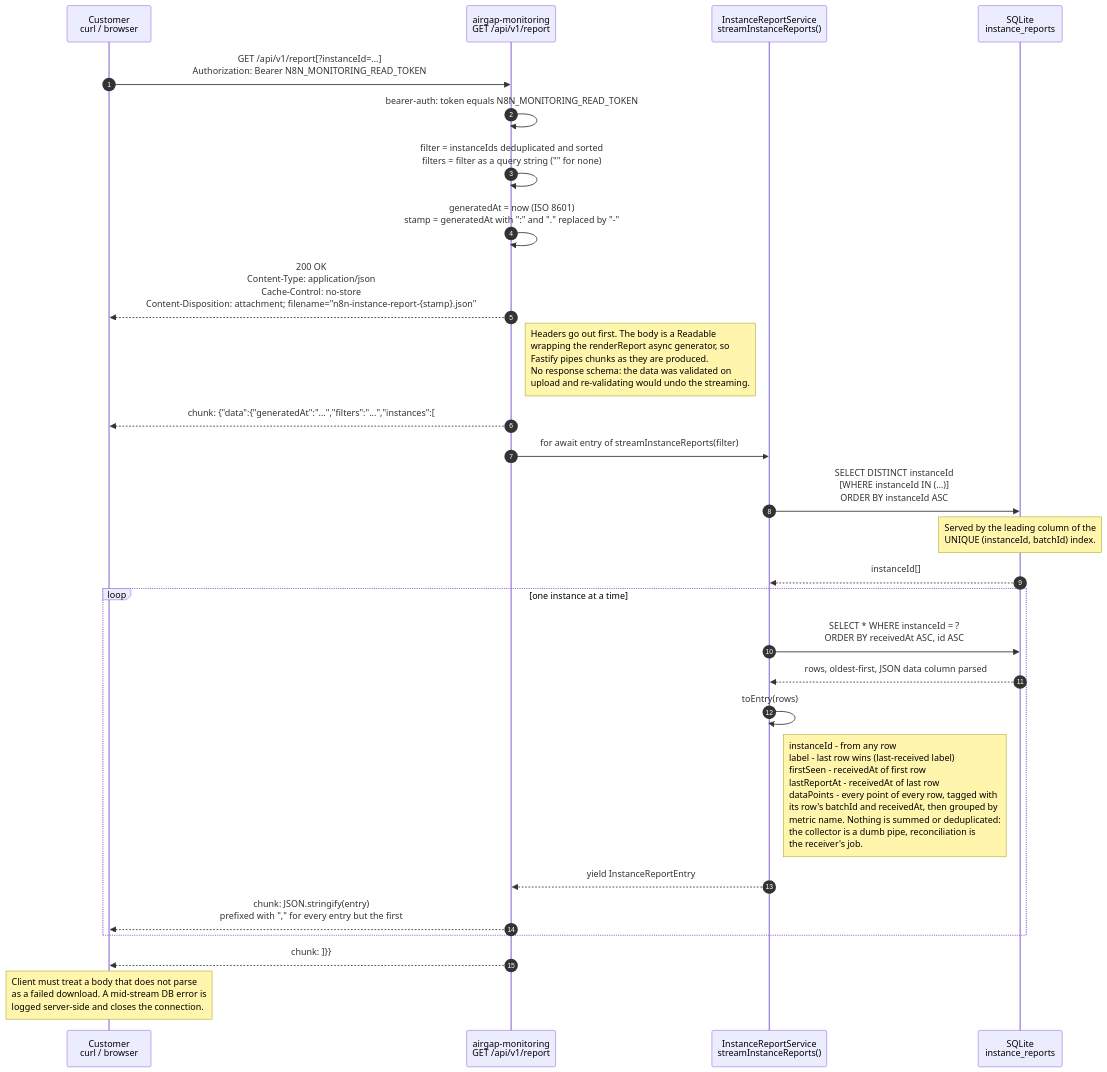
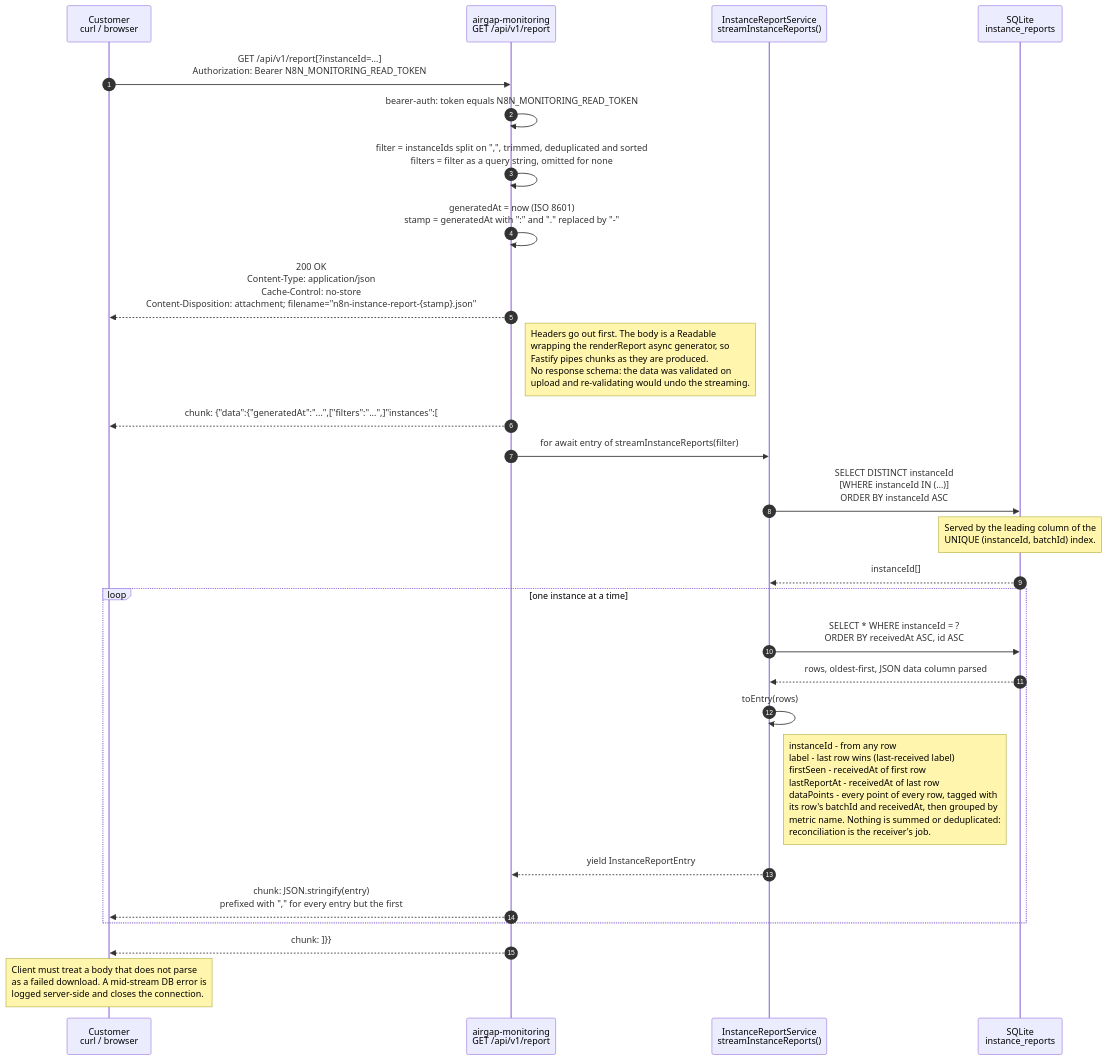
Before and after one commit to n8n-io/n8n-airgap-monitoring: the second of 2 diagrams in docs/DIAGRAMS.md, drawn with Mermaid. The commit also changed other lines of this file and 9 other files, not shown here.

Commit message:
feat(api): Filter the report by comma-separated instanceIds and omit empty filters

````diff
--- a/docs/DIAGRAMS.md
+++ b/docs/DIAGRAMS.md
@@ -104,39 +104,39 @@
 ```mermaid
 ---
 config:
   sequence:
     noteAlign: left
 ---
 sequenceDiagram
     autonumber
     participant C as Customer<br/>curl / browser
     participant API as airgap-monitoring<br/>GET /api/v1/report
     participant SVC as InstanceReportService<br/>streamInstanceReports()
     participant DB as SQLite<br/>instance_reports
 
     C->>API: GET /api/v1/report[?instanceId=…]<br/>Authorization: Bearer N8N_MONITORING_READ_TOKEN
     API->>API: bearer-auth: token equals N8N_MONITORING_READ_TOKEN
-    API->>API: filter = instanceIds deduplicated and sorted<br/>filters = filter as a query string ("" for none)
+    API->>API: filter = instanceIds split on ",", trimmed, deduplicated and sorted<br/>filters = filter as a query string, omitted for none
     API->>API: generatedAt = now (ISO 8601)<br/>stamp = generatedAt with ":" and "." replaced by "-"
     API-->>C: 200 OK<br/>Content-Type: application/json<br/>Cache-Control: no-store<br/>Content-Disposition: attachment#59; filename="n8n-instance-report-{stamp}.json"
     Note right of API: Headers go out first. The body is a Readable<br/>wrapping the renderReport async generator, so<br/>Fastify pipes chunks as they are produced.<br/>No response schema: the data was validated on<br/>upload and re-validating would undo the streaming.
 
-    API-->>C: chunk: {"data":{"generatedAt":"...","filters":"...","instances":[
+    API-->>C: chunk: {"data":{"generatedAt":"...",["filters":"...",]"instances":[
 
     API->>SVC: for await entry of streamInstanceReports(filter)
     SVC->>DB: SELECT DISTINCT instanceId<br/>[WHERE instanceId IN (…)]<br/>ORDER BY instanceId ASC
     Note over DB: Served by the leading column of the<br/>UNIQUE (instanceId, batchId) index.
     DB-->>SVC: instanceId[]
 
     loop one instance at a time
         SVC->>DB: SELECT * WHERE instanceId = ?<br/>ORDER BY receivedAt ASC, id ASC
         DB-->>SVC: rows, oldest-first, JSON data column parsed
         SVC->>SVC: toEntry(rows)
-        Note right of SVC: instanceId - from any row<br/>label - last row wins (last-received label)<br/>firstSeen - receivedAt of first row<br/>lastReportAt - receivedAt of last row<br/>dataPoints - every point of every row, tagged with<br/>its row's batchId and receivedAt, then grouped by<br/>metric name. Nothing is summed or deduplicated:<br/>the collector is a dumb pipe, reconciliation is<br/>the receiver's job.
+        Note right of SVC: instanceId - from any row<br/>label - last row wins (last-received label)<br/>firstSeen - receivedAt of first row<br/>lastReportAt - receivedAt of last row<br/>dataPoints - every point of every row, tagged with<br/>its row's batchId and receivedAt, then grouped by<br/>metric name. Nothing is summed or deduplicated:<br/>reconciliation is the receiver's job.
         SVC-->>API: yield InstanceReportEntry
         API-->>C: chunk: JSON.stringify(entry)<br/>prefixed with "," for every entry but the first
     end
 
     API-->>C: chunk: ]}}
     Note over C: Client must treat a body that does not parse<br/>as a failed download. A mid-stream DB error is<br/>logged server-side and closes the connection.
 ```
````
